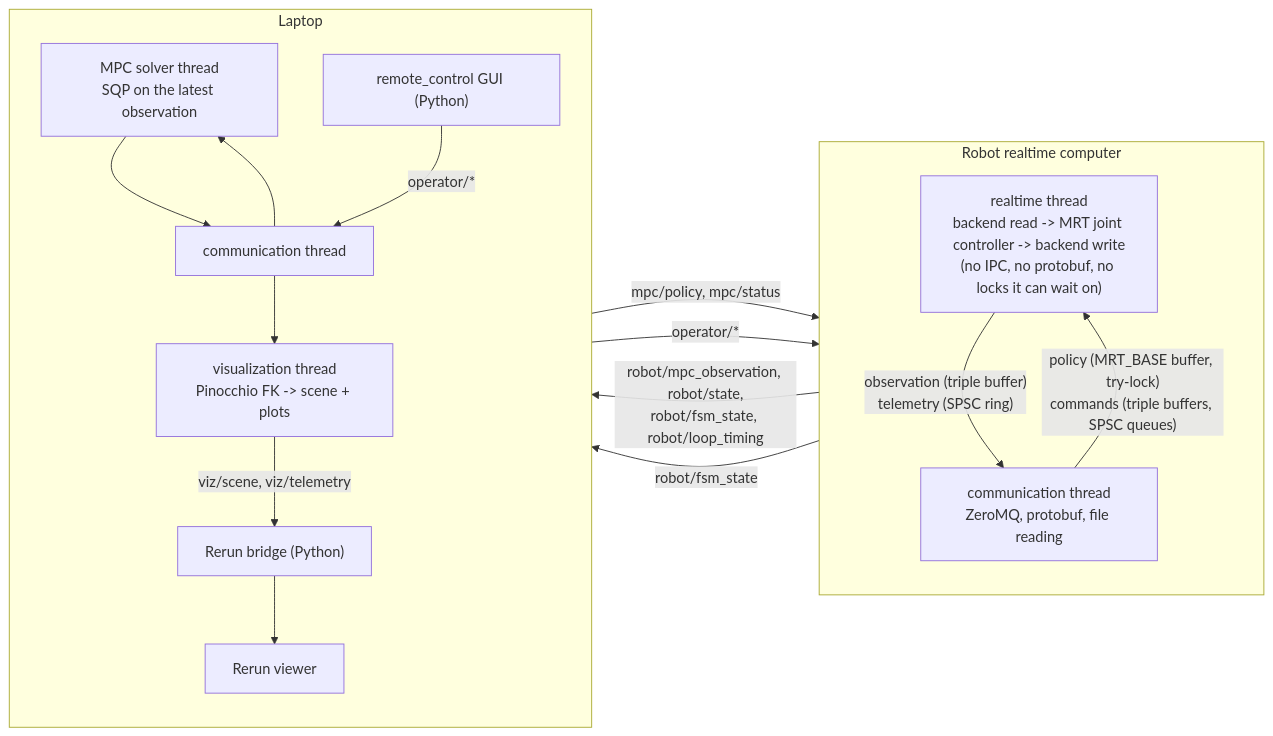
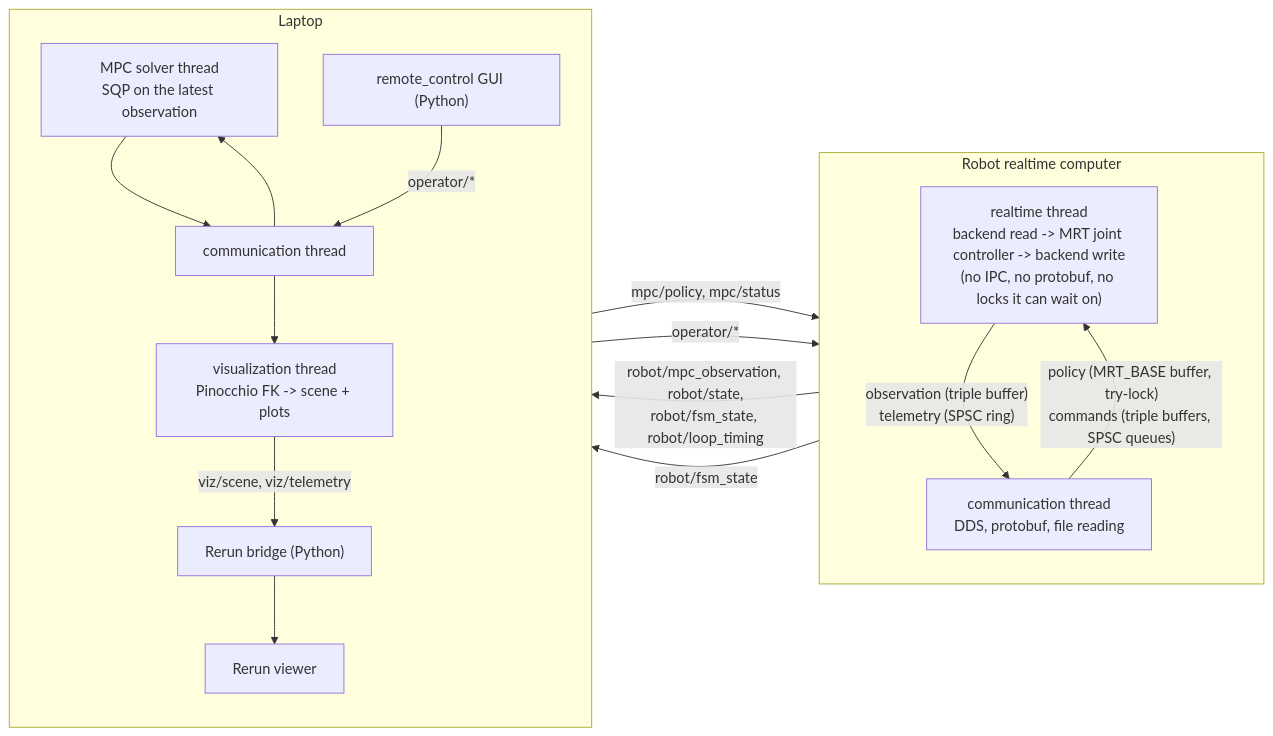
One commit to nicholaspalomo/wb_humanoid_mpc changed the diagram in humanoid_nmpc/docs/distributed_runtime/README.md. Above: the diagram before and after it, drawn with Mermaid. The commit also changed other lines of this file and 1341 other files, not shown here.

````diff
--- a/humanoid_nmpc/docs/distributed_runtime/README.md
+++ b/humanoid_nmpc/docs/distributed_runtime/README.md
@@ -17,29 +17,29 @@
 ```mermaid
 flowchart LR
   subgraph Robot["Robot realtime computer"]
     direction TB
     RT["realtime thread<br/>backend read -> MRT joint controller -> backend write<br/>(no IPC, no protobuf, no locks it can wait on)"]
-    COMM_R["communication thread<br/>ZeroMQ, protobuf, file reading"]
+    COMM_R["communication thread<br/>DDS, protobuf, file reading"]
     RT -- "observation (triple buffer)<br/>telemetry (SPSC ring)" --> COMM_R
     COMM_R -- "policy (MRT_BASE buffer, try-lock)<br/>commands (triple buffers, SPSC queues)" --> RT
   end
   subgraph Laptop["Laptop"]
     direction TB
     SOLVER["MPC solver thread<br/>SQP on the latest observation"]
     COMM_M["communication thread"]
     VIZ["visualization thread<br/>Pinocchio FK -> scene + plots"]
     GUI["remote_control GUI (Python)"]
     BRIDGE["Rerun bridge (Python)"]
     VIEWER["Rerun viewer"]
     COMM_M --> SOLVER
     SOLVER --> COMM_M
     COMM_M --> VIZ
     BRIDGE --> VIEWER
   end
   COMM_R -- "robot/mpc_observation, robot/state,<br/>robot/fsm_state, robot/loop_timing" --> COMM_M
   COMM_M -- "mpc/policy, mpc/status" --> COMM_R
   GUI -- "operator/*" --> COMM_R
   GUI -- "operator/*" --> COMM_M
   COMM_R -- "robot/fsm_state" --> GUI
   VIZ -- "viz/scene, viz/telemetry" --> BRIDGE
 ```
````
